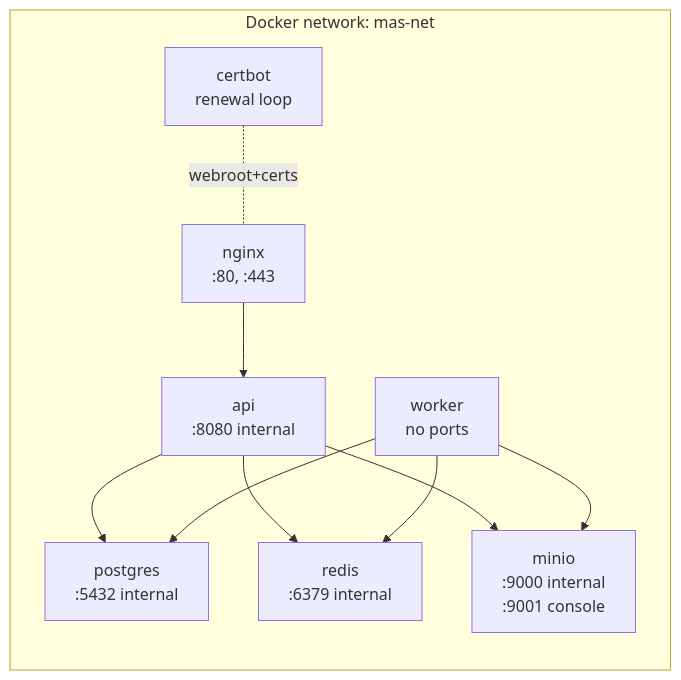
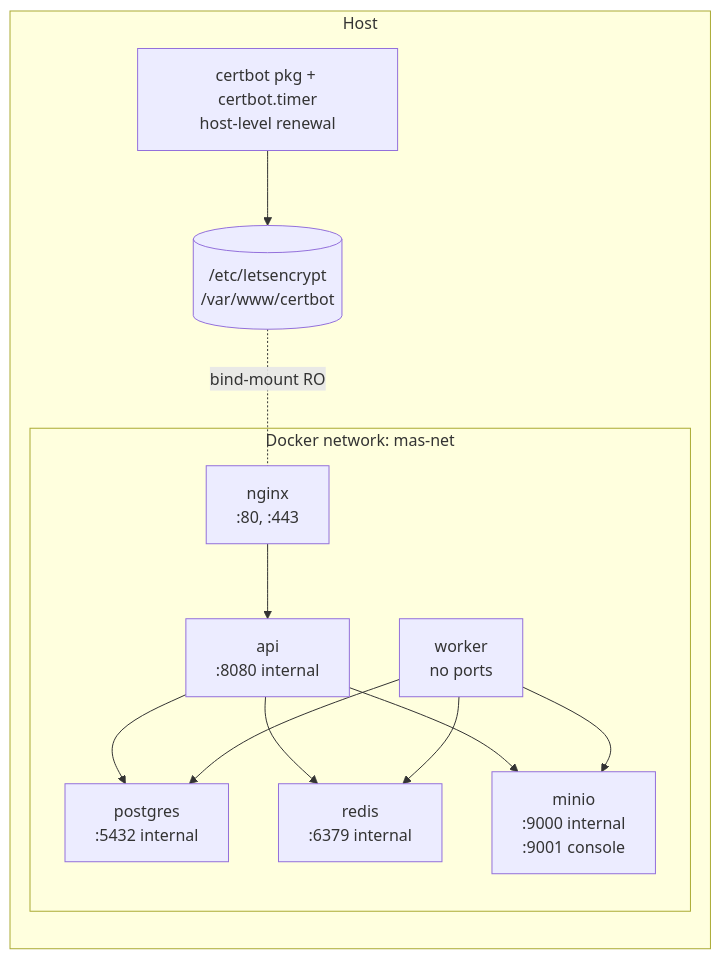
One commit to eliseiv/mail-agregator changed the diagram in docs/07-deployment.md. Above: the diagram before and after it, drawn with Mermaid. The commit also changed other lines of this file and 7 other files, not shown here.

First line of the commit message:
docs(deploy): актуализация под миграцию на выделенный сервер + host-certbot (ADR-0032)

````diff
--- a/docs/07-deployment.md
+++ b/docs/07-deployment.md
@@ -9,17 +13,21 @@
 ```mermaid
 flowchart LR
-    subgraph net[Docker network: mas-net]
-        api[api<br/>:8080 internal]
-        worker[worker<br/>no ports]
-        pg[postgres<br/>:5432 internal]
-        rd[redis<br/>:6379 internal]
-        mn[minio<br/>:9000 internal<br/>:9001 console]
-        ng[nginx<br/>:80, :443]
-        cb[certbot<br/>renewal loop]
+    subgraph host[Host]
+        cb[certbot pkg + certbot.timer<br/>host-level renewal]
+        le[(/etc/letsencrypt<br/>/var/www/certbot)]
+        subgraph net[Docker network: mas-net]
+            api[api<br/>:8080 internal]
+            worker[worker<br/>no ports]
+            pg[postgres<br/>:5432 internal]
+            rd[redis<br/>:6379 internal]
+            mn[minio<br/>:9000 internal<br/>:9001 console]
+            ng[nginx<br/>:80, :443]
+        end
     end
 
     ng --> api
     api --> pg & rd & mn
     worker --> pg & rd & mn
-    cb -. webroot+certs .- ng
+    cb --> le
+    le -. bind-mount RO .- ng
 ```
````
